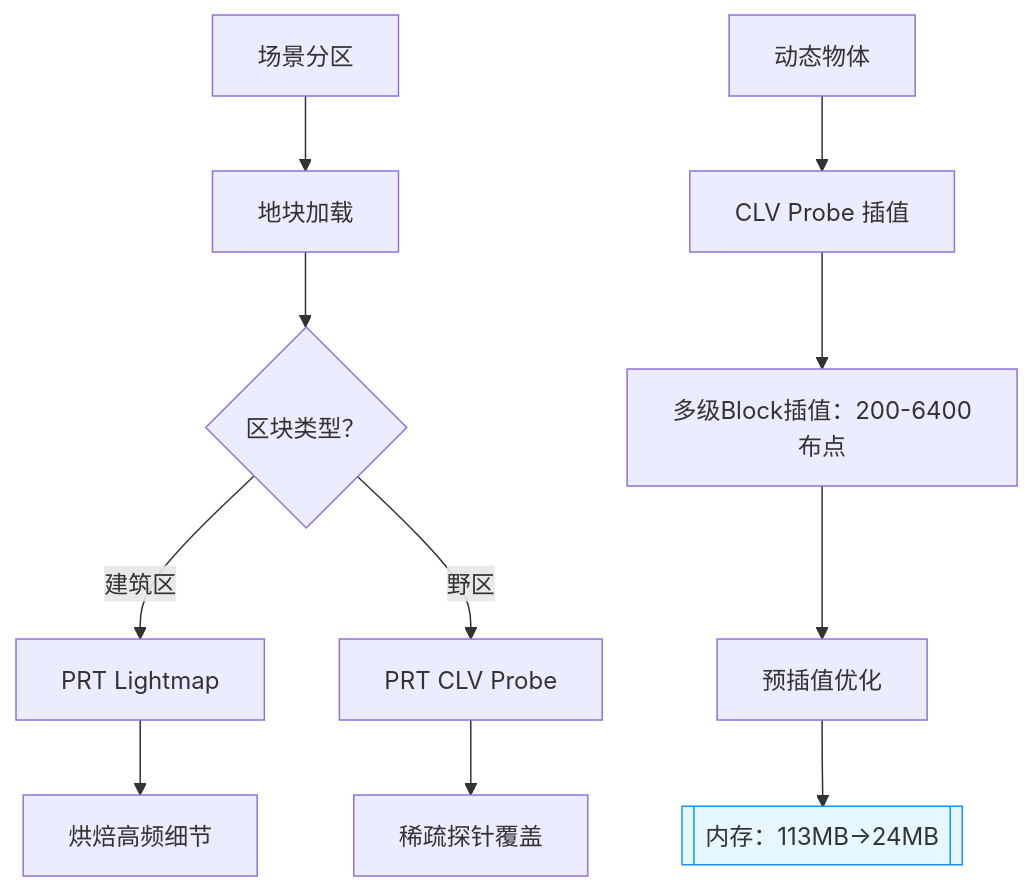
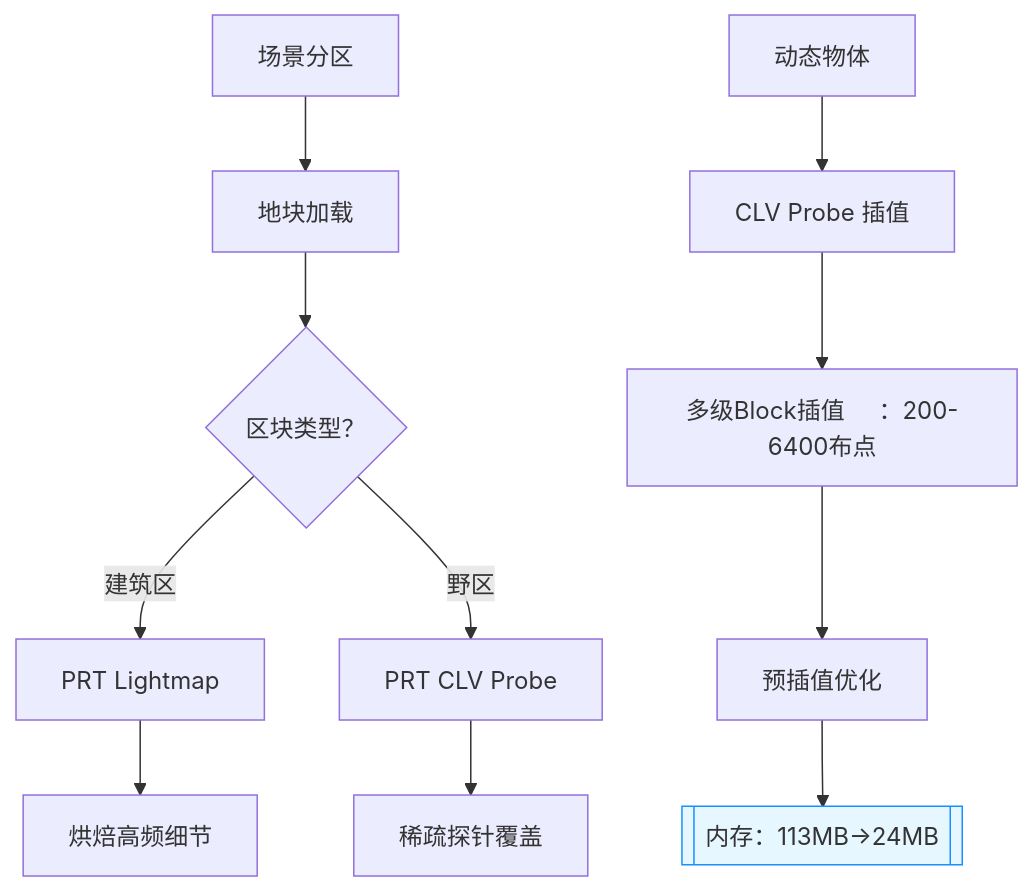
Before and after one commit to archieluan/iodraw-files: the diagram in all/未命名-4.md, drawn with Mermaid.

Commit message:
2025-06-13 15:59:27 update

````diff
--- a/all/未命名-4.md
+++ b/all/未命名-4.md
@@ -1,14 +1,14 @@
 ```mermaid
 graph TD
     A[场景分区] --> B[地块加载]
     B --> C{区块类型？}
     C -->|建筑区| D[PRT Lightmap]
     C -->|野区| E[PRT CLV Probe]
     D --> F[烘焙高频细节]
     E --> G[稀疏探针覆盖]
     H[动态物体] --> I[CLV Probe 插值]
-    I --> J[多级Block插值：200-6400布点]
+    I --> J[多级Block插值     ：200-6400布点]
     J --> K[预插值优化]
     K --> L[[内存：113MB→24MB]]
     style L fill:#e6f7ff,stroke:#1890ff
 ```
````
